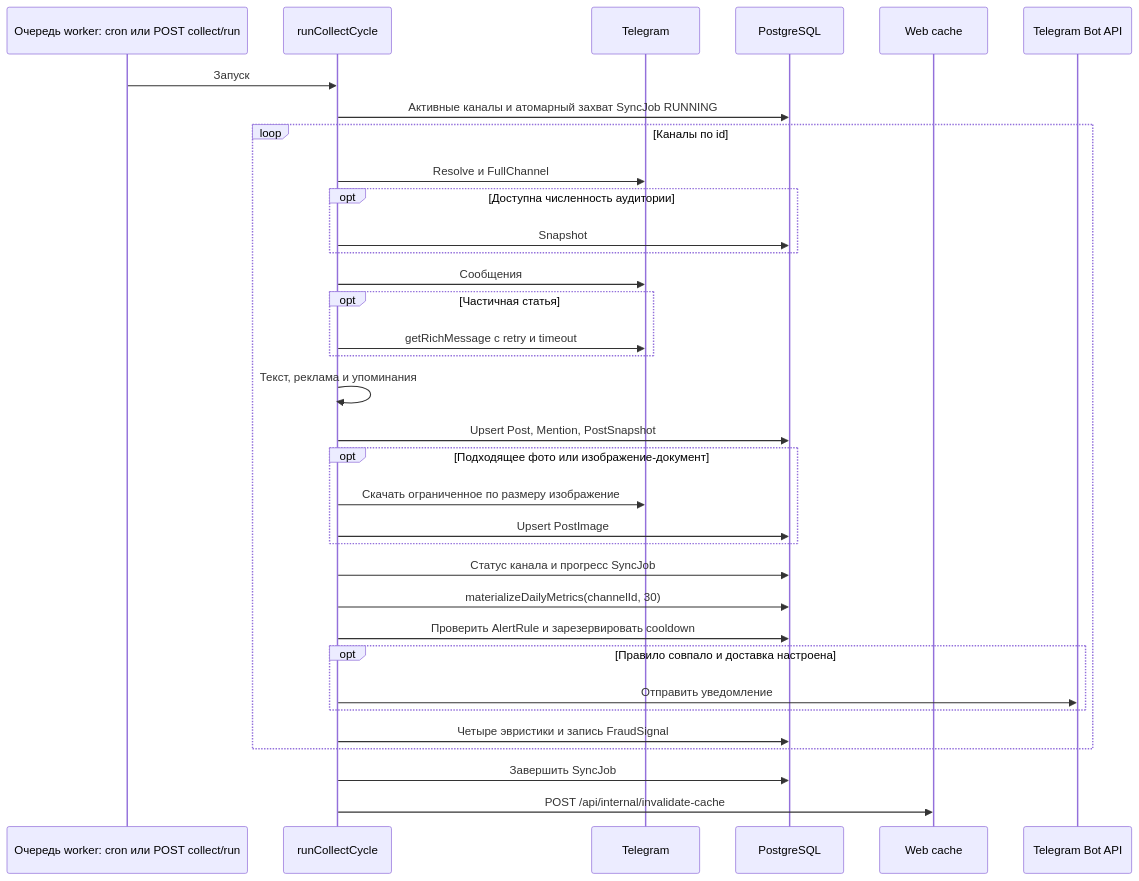
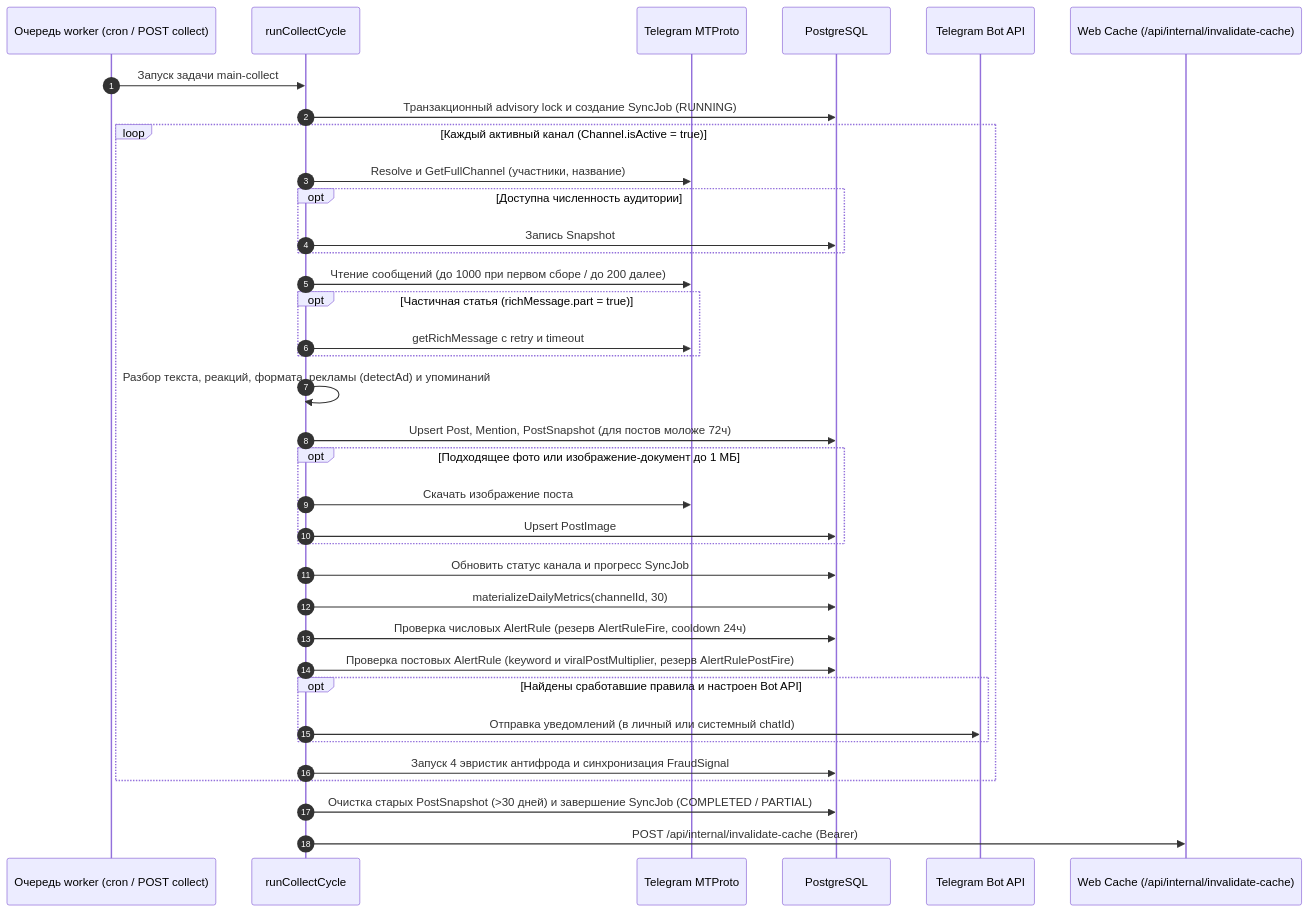
Before and after one commit to liquidsyntes/tg_mons: the fifth of 8 diagrams in docs/architecture.md, drawn with Mermaid. The commit also changed other lines of this file and 7 other files, not shown here.

Commit message:
docs(architecture): restore and update Mermaid diagrams across documentation

````diff
--- a/docs/architecture.md
+++ b/docs/architecture.md
@@ -75,36 +263,39 @@
 ```mermaid
 sequenceDiagram
-    participant S as Очередь worker: cron или POST collect/run
+    autonumber
+    participant S as Очередь worker (cron / POST collect)
     participant C as runCollectCycle
-    participant T as Telegram
+    participant T as Telegram MTProto
     participant D as PostgreSQL
-    participant W as Web cache
     participant B as Telegram Bot API
-    S->>C: Запуск
-    C->>D: Активные каналы и атомарный захват SyncJob RUNNING
-    loop Каналы по id
-        C->>T: Resolve и FullChannel
+    participant W as Web Cache (/api/internal/invalidate-cache)
+
+    S->>C: Запуск задачи main-collect
+    C->>D: Транзакционный advisory lock и создание SyncJob (RUNNING)
+    loop Каждый активный канал (Channel.isActive = true)
+        C->>T: Resolve и GetFullChannel (участники, название)
         opt Доступна численность аудитории
-            C->>D: Snapshot
+            C->>D: Запись Snapshot
         end
-        C->>T: Сообщения
-        opt Частичная статья
+        C->>T: Чтение сообщений (до 1000 при первом сборе / до 200 далее)
+        opt Частичная статья (richMessage.part = true)
             C->>T: getRichMessage с retry и timeout
         end
-        C->>C: Текст, реклама и упоминания
-        C->>D: Upsert Post, Mention, PostSnapshot
-        opt Подходящее фото или изображение-документ
-            C->>T: Скачать ограниченное по размеру изображение
+        C->>C: Разбор текста, реакций, формата, рекламы (detectAd) и упоминаний
+        C->>D: Upsert Post, Mention, PostSnapshot (для постов моложе 72ч)
+        opt Подходящее фото или изображение-документ до 1 МБ
+            C->>T: Скачать изображение поста
             C->>D: Upsert PostImage
         end
-        C->>D: Статус канала и прогресс SyncJob
+        C->>D: Обновить статус канала и прогресс SyncJob
         C->>D: materializeDailyMetrics(channelId, 30)
-        C->>D: Проверить AlertRule и зарезервировать cooldown
-        opt Правило совпало и доставка настроена
-            C->>B: Отправить уведомление
+        C->>D: Проверка числовых AlertRule (резерв AlertRuleFire, cooldown 24ч)
+        C->>D: Проверка постовых AlertRule (keyword и viralPostMultiplier, резерв AlertRulePostFire)
+        opt Найдены сработавшие правила и настроен Bot API
+            C->>B: Отправка уведомлений (в личный или системный chatId)
         end
-        C->>D: Четыре эвристики и запись FraudSignal
+        C->>D: Запуск 4 эвристик антифрода и синхронизация FraudSignal
     end
-    C->>D: Завершить SyncJob
-    C->>W: POST /api/internal/invalidate-cache
+    C->>D: Очистка старых PostSnapshot (>30 дней) и завершение SyncJob (COMPLETED / PARTIAL)
+    C->>W: POST /api/internal/invalidate-cache (Bearer)
 ```
````
